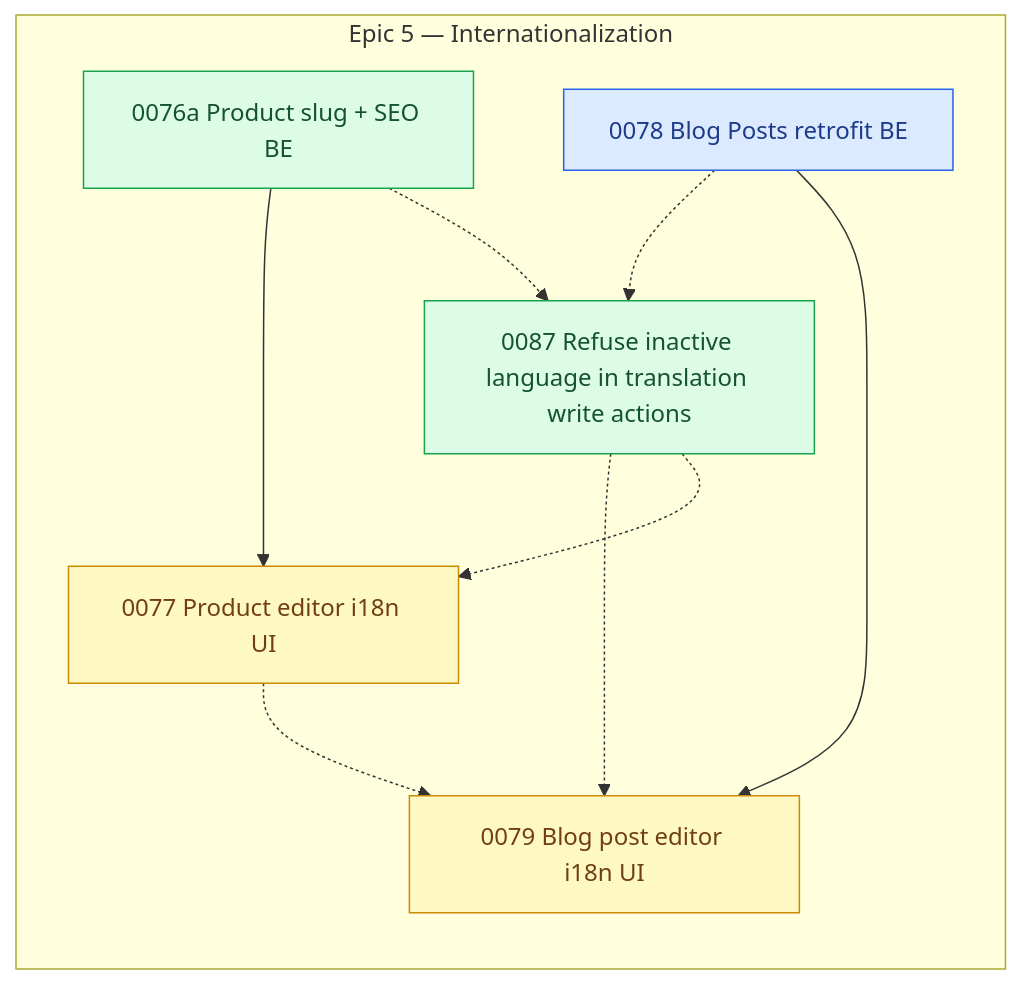
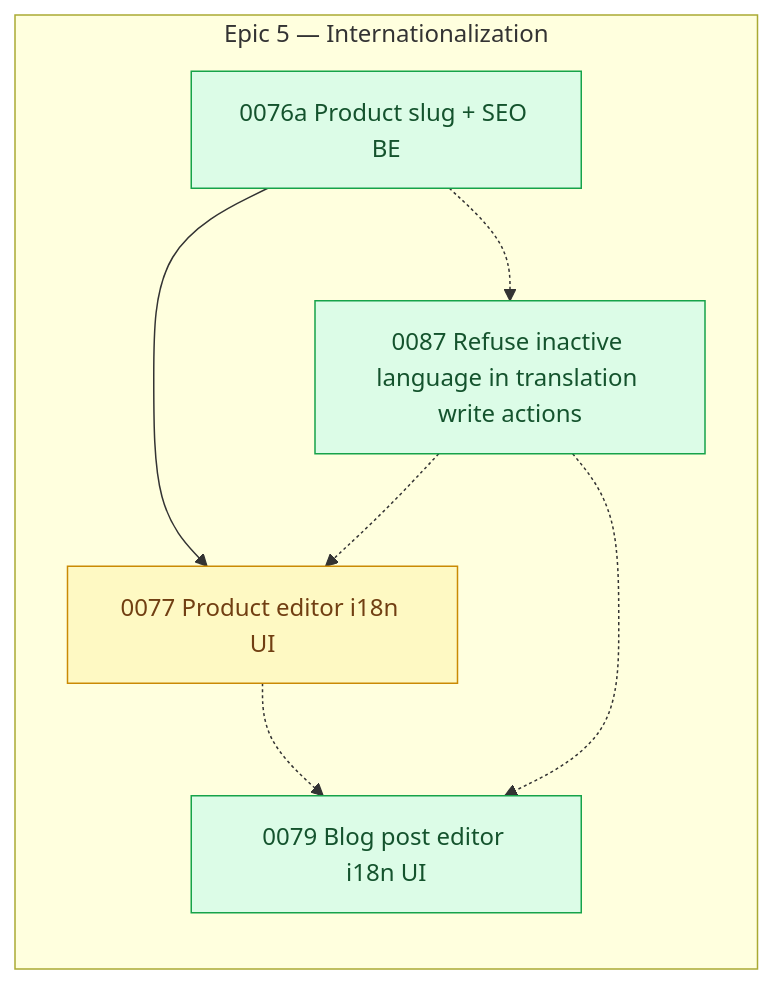
The diagram in arospe/ai-spec/tasks-map.md (shojen/AI4Devs-finalproject), drawn with Mermaid before and after one commit. The commit also changed other lines of this file and 9 other files, not shown here.

```diff
--- a/arospe/ai-spec/tasks-map.md
+++ b/arospe/ai-spec/tasks-map.md
@@ -561,7 +562,6 @@
         P0087["0087 Refuse inactive language in translation write actions"]
         P0076a["0076a Product slug + SEO BE"]
         P0077["0077 Product editor i18n UI"]
-        P0078["0078 Blog Posts retrofit BE"]
         P0079["0079 Blog post editor i18n UI"]
     end
 
@@ -631,16 +631,15 @@
     %% (P0076 --> P0076a and P0076 --> P0077 dropped: 0076 closed to done/ 2026-11-07; 0076a is now ready, 0077 stays blocked on 0076a.)
     P0076a --> P0077
     P0076a -.-> P0087
-    P0078 -.-> P0087
-    P0078 --> P0079
+    %% (P0078 --> P0079 and P0078 -.-> P0087 dropped: 0078 closed to done/ 2026-11-08; 0079 is now ready.)
     P0077 -.-> P0079
     %% (P0082 --> P0083 and P0082 -.-> P0076/P0078 dropped: 0082 is done; 0083 is now ready.)
     %% (P0084 --> P0085 dropped: 0084 is done; 0085 is done too.)
     %% (P0083 -.-> P0085 and P0083 --> P0086 dropped: 0083 is done; 0086 is now ready.)
 
-    class P0077,P0079 pending;
-    class P0076a,P0087 ready;
-    class P0078 claimed;
+    class P0077 pending;
+    class P0076a,P0079,P0087 ready;
+    %% (P0078 closed to done/ 2026-11-08; no node remains `claimed`.)
     P0087 -.-> P0079
     P0087 -.-> P0077
     %% (P0075 closed to done/ 2026-10-27; P0073 closed to done/ 2026-10-08; no node remains `claimed`.)
```
